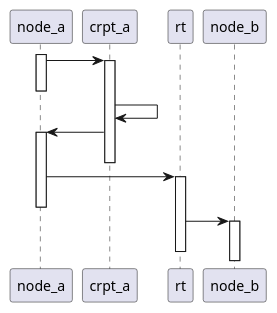
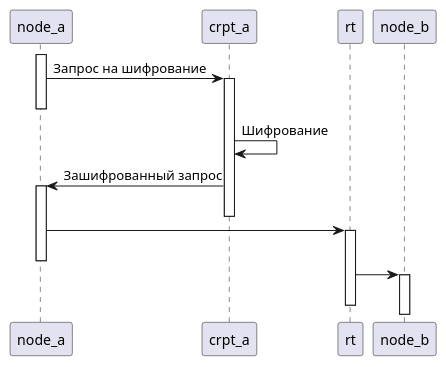
Before and after one commit to denser-ru/plantuml: the diagram in block_1.puml, drawn with PlantUML. The commit also changed 1 other file, not shown here.

```diff
--- a/block_1.puml
+++ b/block_1.puml
@@ -1,14 +1,14 @@
 @startuml
 
 activate node_a
-node_a -> crpt_a++
+node_a -> crpt_a++: Запрос на шифрование
 deactivate node_a
-crpt_a -> crpt_a
-crpt_a -> node_a++
+crpt_a -> crpt_a: Шифрование
+crpt_a -> node_a++: Зашифрованный запрос
 deactivate crpt_a
 node_a -> rt++
 deactivate node_a
 rt -> node_b++
 deactivate rt
 
 @enduml
```
